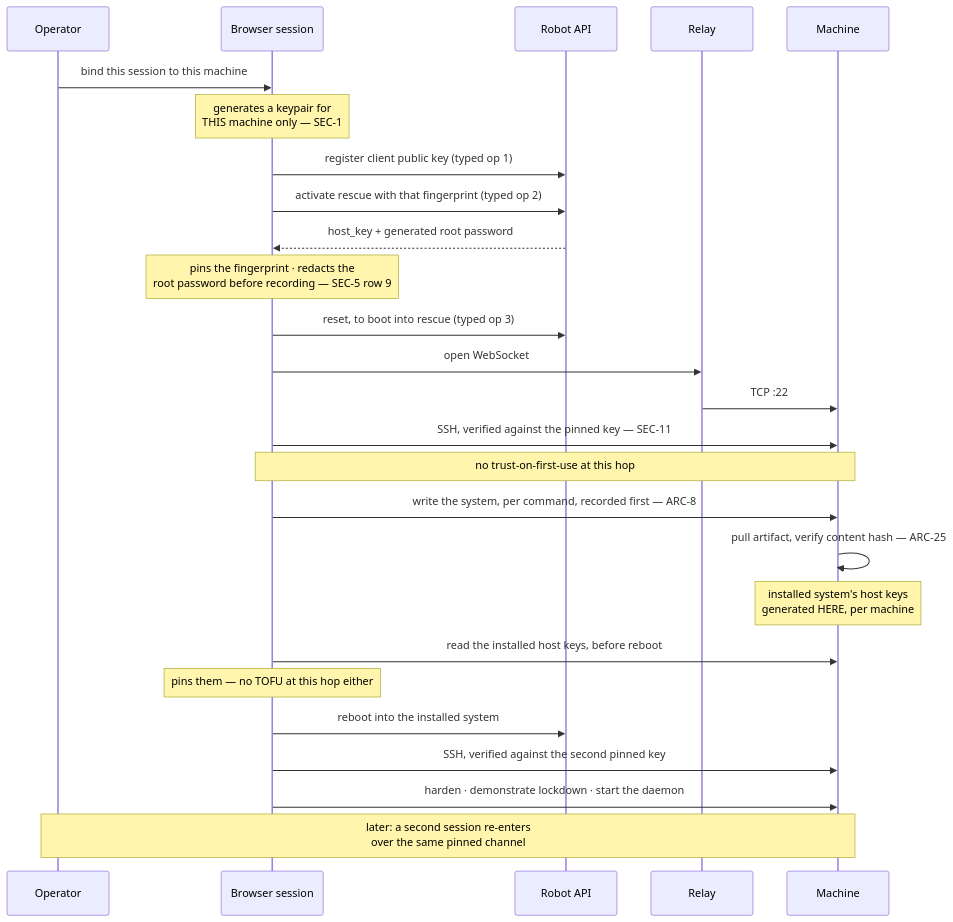
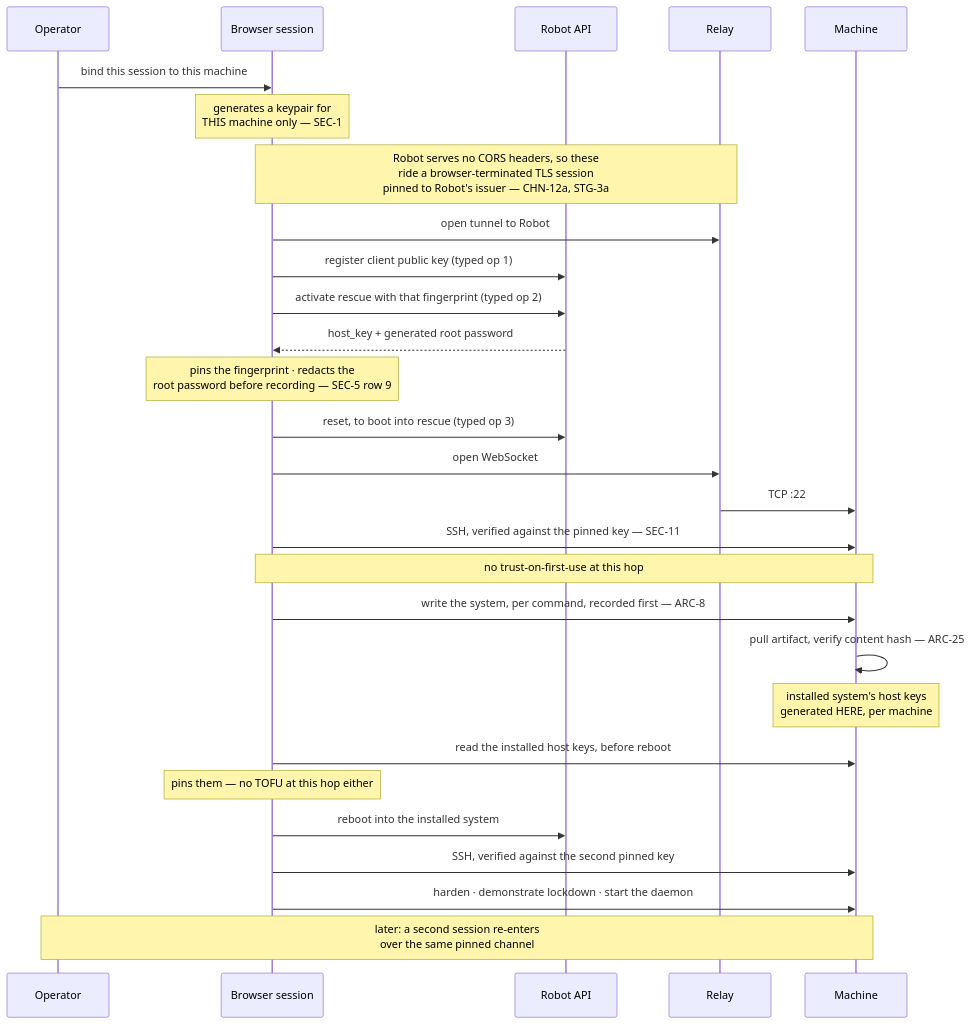
Before and after one commit to douglaz/tau-web-spec: the diagram in 06-first-stage.md, drawn with Mermaid. The commit also changed other lines of this file and 4 other files, not shown here.

````diff
--- a/06-first-stage.md
+++ b/06-first-stage.md
@@ -48,29 +48,31 @@
 ```mermaid
 sequenceDiagram
     participant OP as Operator
     participant B as Browser session
     participant RB as Robot API
     participant RL as Relay
     participant M as Machine
 
     OP->>B: bind this session to this machine
     Note over B: generates a keypair for<br/>THIS machine only — SEC-1
+    Note over B,RL: Robot serves no CORS headers, so these<br/>ride a browser-terminated TLS session<br/>pinned to Robot's issuer — CHN-12a, STG-3a
+    B->>RL: open tunnel to Robot
     B->>RB: register client public key (typed op 1)
     B->>RB: activate rescue with that fingerprint (typed op 2)
     RB-->>B: host_key + generated root password
     Note over B: pins the fingerprint · redacts the<br/>root password before recording — SEC-5 row 9
     B->>RB: reset, to boot into rescue (typed op 3)
     B->>RL: open WebSocket
     RL->>M: TCP :22
     B->>M: SSH, verified against the pinned key — SEC-11
     Note over B,M: no trust-on-first-use at this hop
     B->>M: write the system, per command, recorded first — ARC-8
     M->>M: pull artifact, verify content hash — ARC-25
     Note over M: installed system's host keys<br/>generated HERE, per machine
     B->>M: read the installed host keys, before reboot
     Note over B: pins them — no TOFU at this hop either
     B->>RB: reboot into the installed system
     B->>M: SSH, verified against the second pinned key
     B->>M: harden · demonstrate lockdown · start the daemon
     Note over OP,M: later: a second session re-enters<br/>over the same pinned channel
 ```
````
